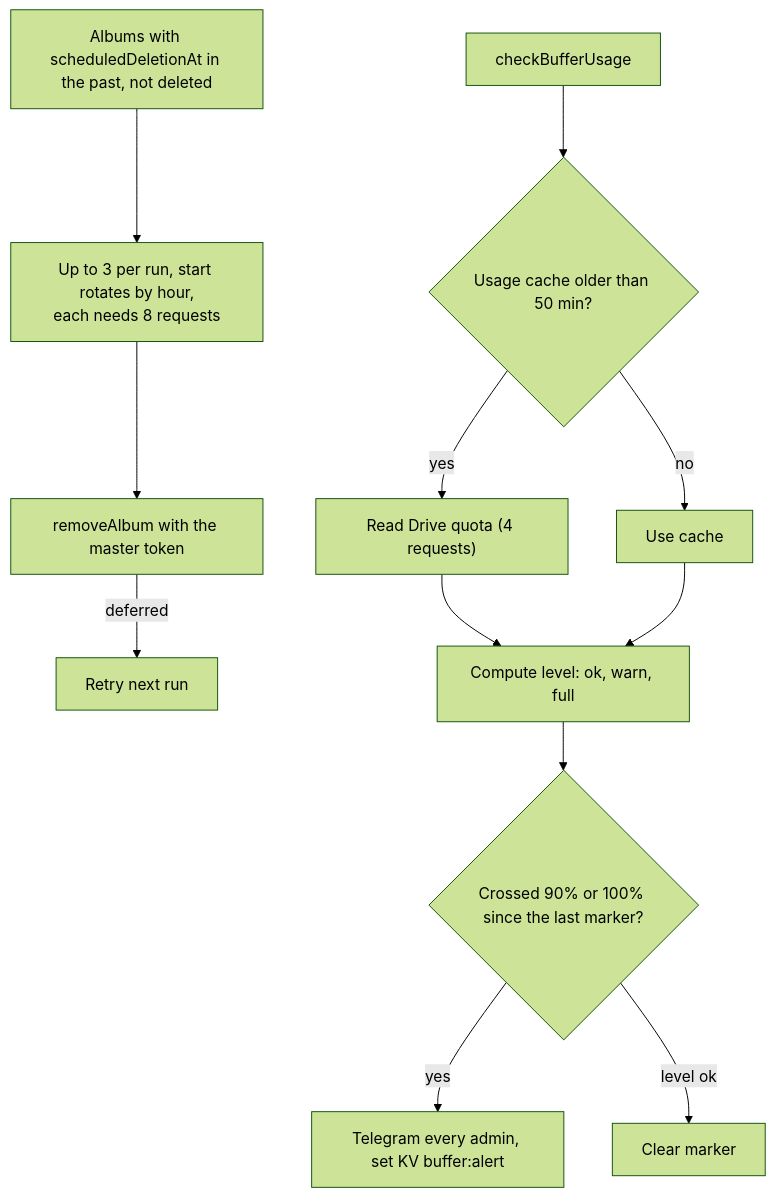
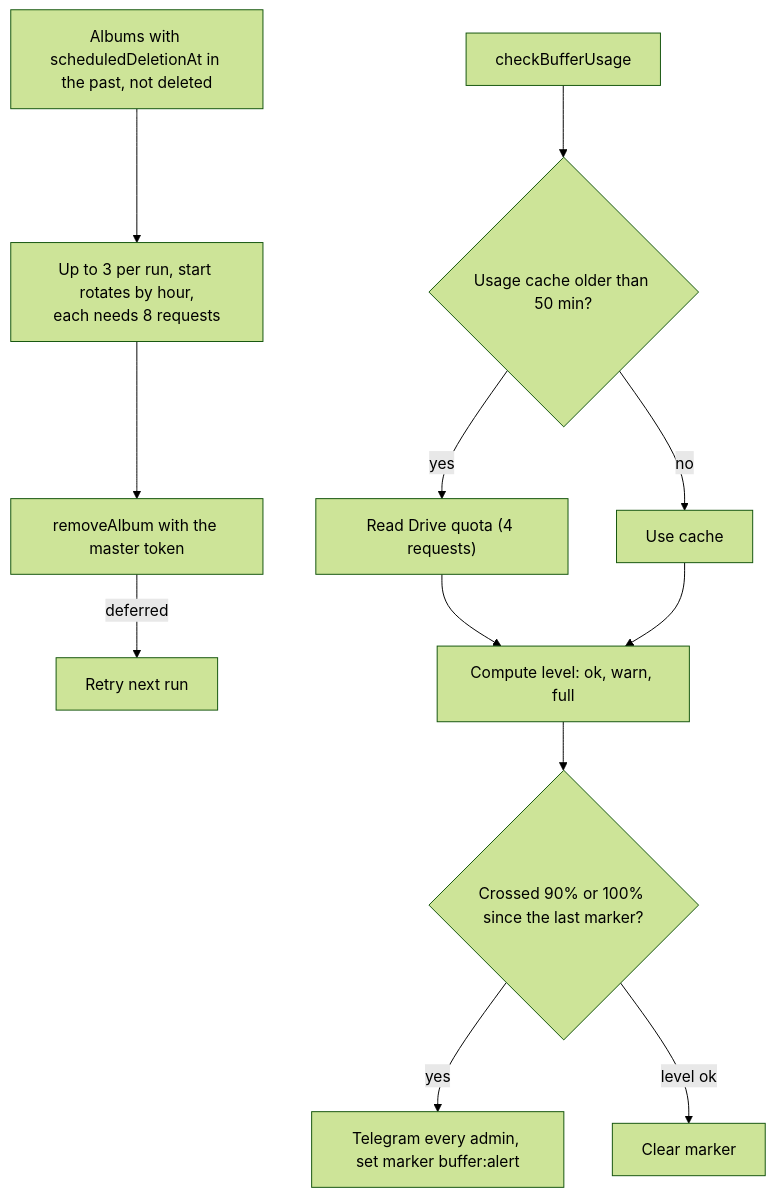
One commit to sagyzdop/meriksirat changed the fifth of 5 diagrams in docs/scenarios/cron/hourly.md. Above: the diagram before and after it, drawn with Mermaid (forest theme). The commit also changed other lines of this file and 53 other files, not shown here.

````diff
--- a/docs/scenarios/cron/hourly.md
+++ b/docs/scenarios/cron/hourly.md
@@ -61,14 +62,14 @@
 ```mermaid
 flowchart TD
     A["Albums with scheduledDeletionAt in the past, not deleted"] --> B["Up to 3 per run, start rotates by hour,<br/>each needs 8 requests"]
     B --> C[removeAlbum with the master token]
     C -- deferred --> D[Retry next run]
     E[checkBufferUsage] --> F{Usage cache older than 50 min?}
     F -- yes --> G["Read Drive quota (4 requests)"]
     F -- no --> H[Use cache]
     G --> I[Compute level: ok, warn, full]
     H --> I
     I --> J{Crossed 90% or 100% since the last marker?}
-    J -- yes --> K[Telegram every admin, set KV buffer:alert]
+    J -- yes --> K[Telegram every admin, set marker buffer:alert]
     J -- level ok --> L[Clear marker]
 ```
````
